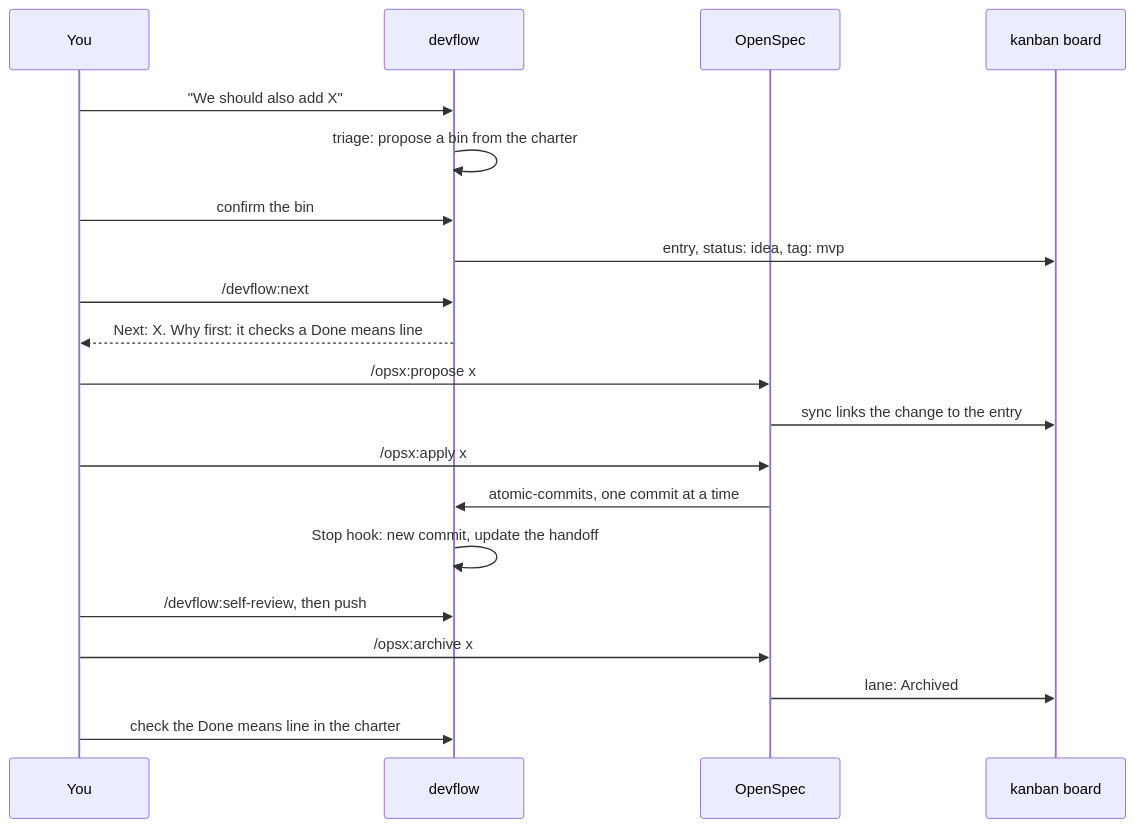
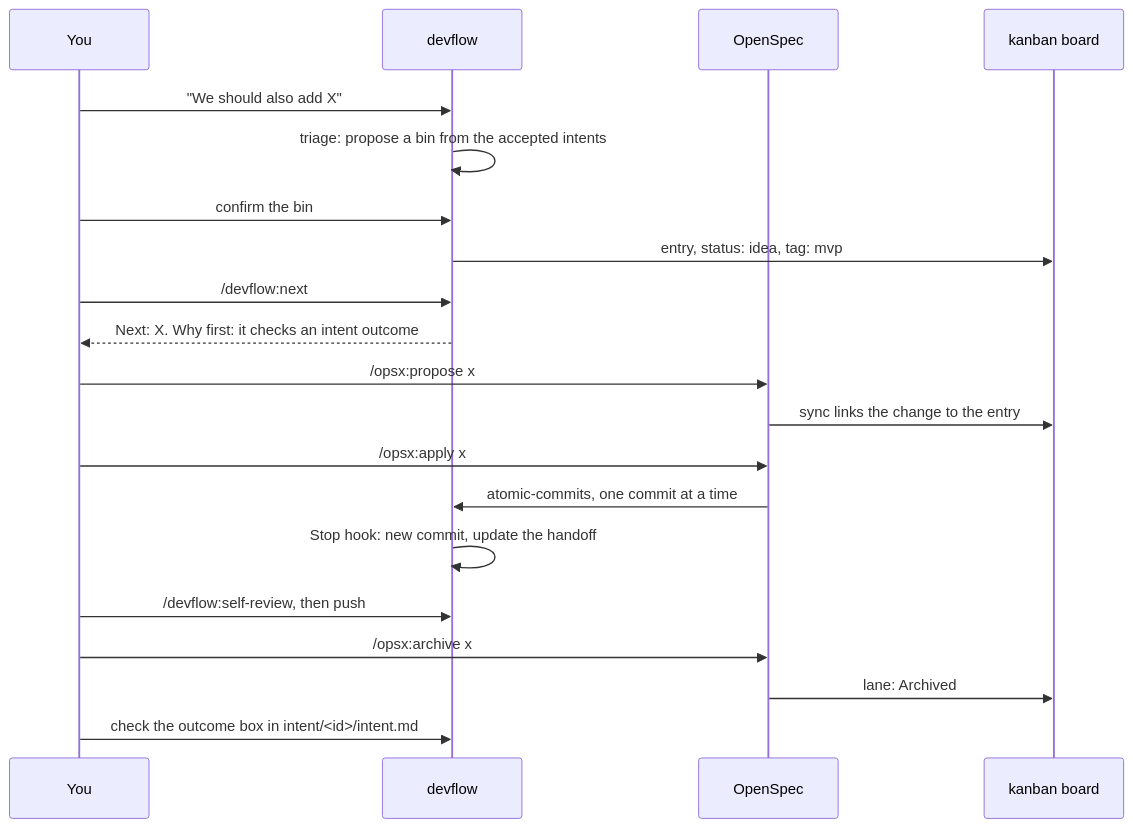
The second of 3 diagrams in README.md (sdevikar/sdlc-tools), drawn with Mermaid before and after one commit. The commit also changed other lines of this file and 13 other files, not shown here.

First line of the commit message:
feat(devflow): replace the charter with the playbook's intent.md

````diff
--- a/README.md
+++ b/README.md
@@ -34,22 +34,22 @@
 ```mermaid
 sequenceDiagram
     participant U as You
     participant DF as devflow
     participant OS as OpenSpec
     participant KB as kanban board
     U->>DF: "We should also add X"
-    DF->>DF: triage: propose a bin from the charter
+    DF->>DF: triage: propose a bin from the accepted intents
     U->>DF: confirm the bin
     DF->>KB: entry, status: idea, tag: mvp
     U->>DF: /devflow:next
-    DF-->>U: Next: X. Why first: it checks a Done means line
+    DF-->>U: Next: X. Why first: it checks an intent outcome
     U->>OS: /opsx:propose x
     OS->>KB: sync links the change to the entry
     U->>OS: /opsx:apply x
     OS->>DF: atomic-commits, one commit at a time
     DF->>DF: Stop hook: new commit, update the handoff
     U->>DF: /devflow:self-review, then push
     U->>OS: /opsx:archive x
     OS->>KB: lane: Archived
-    U->>DF: check the Done means line in the charter
+    U->>DF: check the outcome box in intent/<id>/intent.md
 ```
````
